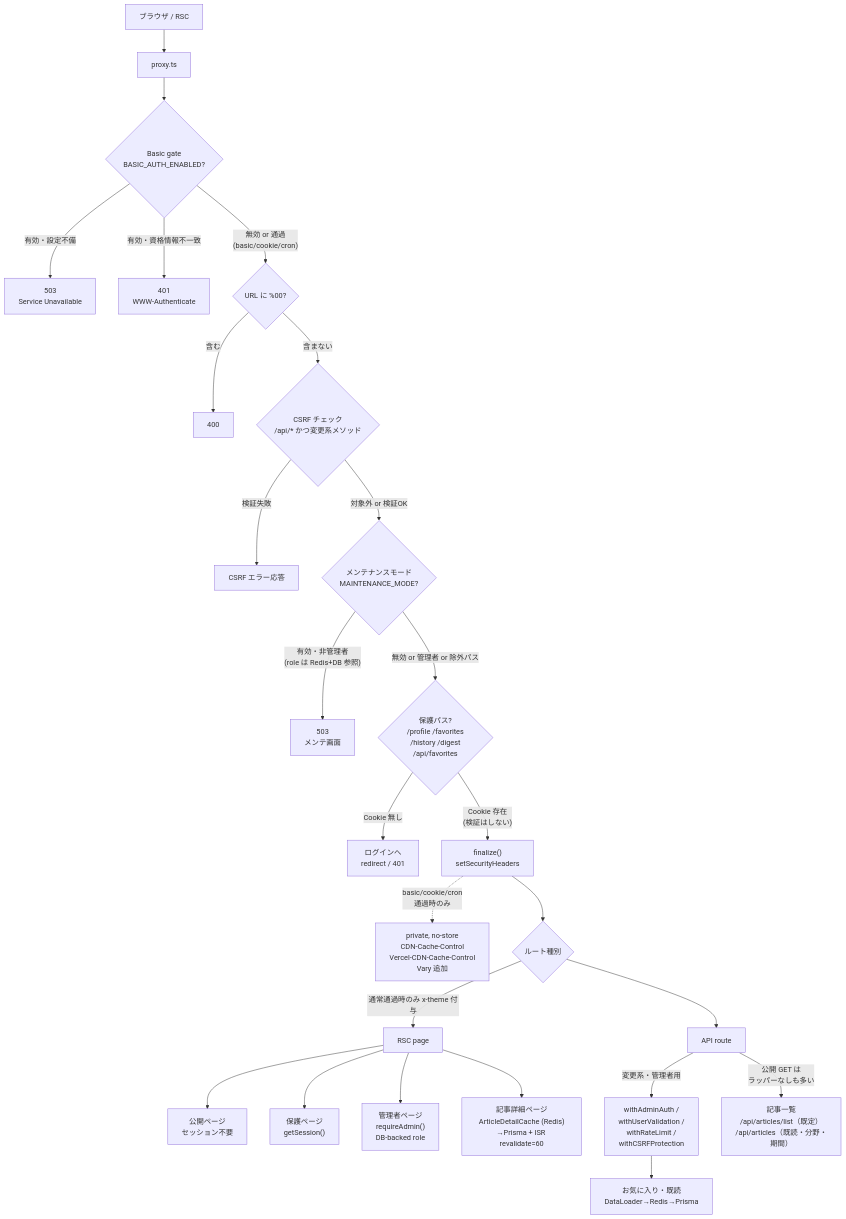
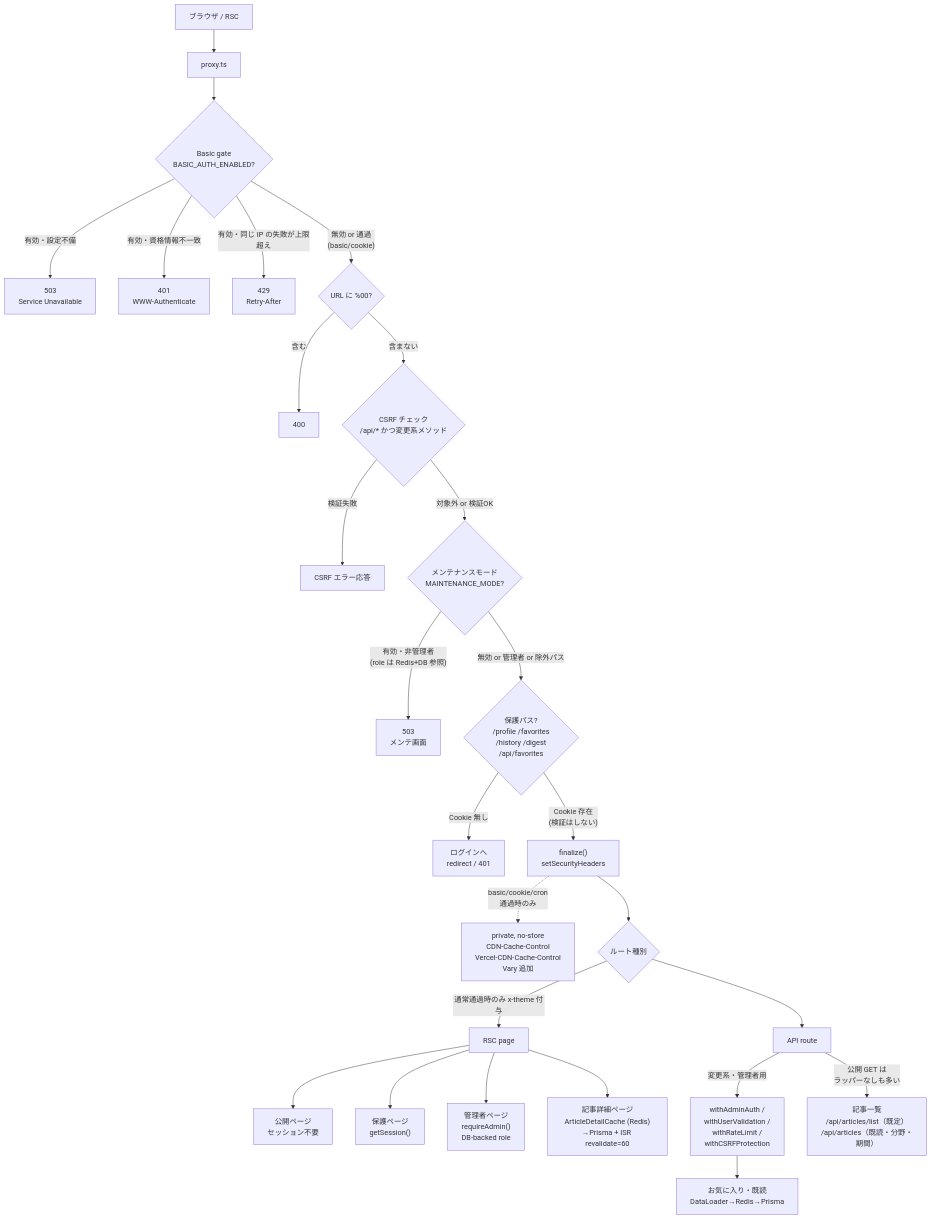
Before and after one commit to pawafulu7/techtrend: the first of 2 diagrams in docs/architecture/03-request-flow.md, drawn with Mermaid. The commit also changed other lines of this file and 54 other files, not shown here.

````diff
--- a/docs/architecture/03-request-flow.md
+++ b/docs/architecture/03-request-flow.md
@@ -7,35 +7,36 @@
 ```mermaid
 flowchart TD
     Browser["ブラウザ / RSC"] --> Proxy["proxy.ts"]
 
     Proxy --> BasicGate{"Basic gate<br/>BASIC_AUTH_ENABLED?"}
     BasicGate -->|"有効・設定不備"| Err503["503<br/>Service Unavailable"]
     BasicGate -->|"有効・資格情報不一致"| Err401["401<br/>WWW-Authenticate"]
-    BasicGate -->|"無効 or 通過<br/>(basic/cookie/cron)"| Nul{"URL に %00?"}
+    BasicGate -->|"有効・同じ IP の失敗が上限超え"| Err429["429<br/>Retry-After"]
+    BasicGate -->|"無効 or 通過<br/>(basic/cookie)"| Nul{"URL に %00?"}
     Nul -->|"含む"| Err400["400"]
     Nul -->|"含まない"| Csrf{"CSRF チェック<br/>/api/* かつ変更系メソッド"}
 
     Csrf -->|"検証失敗"| ErrCsrf["CSRF エラー応答"]
     Csrf -->|"対象外 or 検証OK"| Maint{"メンテナンスモード<br/>MAINTENANCE_MODE?"}
 
     Maint -->|"有効・非管理者<br/>(role は Redis+DB 参照)"| Err503b["503<br/>メンテ画面"]
     Maint -->|"無効 or 管理者 or 除外パス"| Protected{"保護パス?<br/>/profile /favorites<br/>/history /digest<br/>/api/favorites"}
 
     Protected -->|"Cookie 無し"| Redirect["ログインへ<br/>redirect / 401"]
     Protected -->|"Cookie 存在<br/>(検証はしない)"| Finalize["finalize()<br/>setSecurityHeaders"]
 
     Finalize -.->|"basic/cookie/cron<br/>通過時のみ"| GateHeaders["private, no-store<br/>CDN-Cache-Control<br/>Vercel-CDN-Cache-Control<br/>Vary 追加"]
 
     Finalize --> RouteType{"ルート種別"}
     RouteType -->|"通常通過時のみ x-theme 付与"| RSC["RSC page"]
     RouteType --> ApiRoute["API route"]
 
     RSC --> PublicPage["公開ページ<br/>セッション不要"]
     RSC --> ProtectedPage["保護ページ<br/>getSession()"]
     RSC --> AdminPage["管理者ページ<br/>requireAdmin()<br/>DB-backed role"]
     RSC --> ArticleDetail["記事詳細ページ<br/>ArticleDetailCache (Redis)<br/>→Prisma + ISR revalidate=60"]
 
     ApiRoute -->|"変更系・管理者用"| ApiWrap["withAdminAuth /<br/>withUserValidation /<br/>withRateLimit /<br/>withCSRFProtection"]
     ApiRoute -->|"公開 GET は<br/>ラッパーなしも多い"| ArticleList["記事一覧<br/>/api/articles/list（既定）<br/>/api/articles（既読・分野・期間）"]
     ApiWrap --> FavHistory["お気に入り・既読<br/>DataLoader→Redis→Prisma"]
 ```
````
